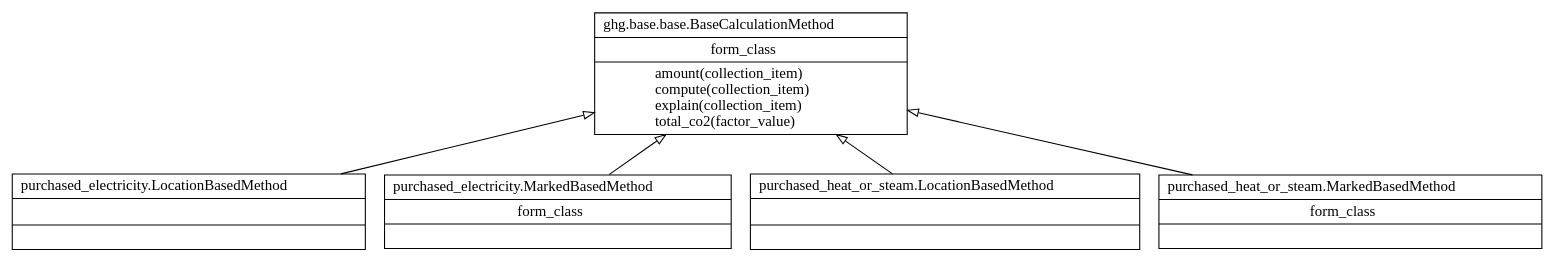
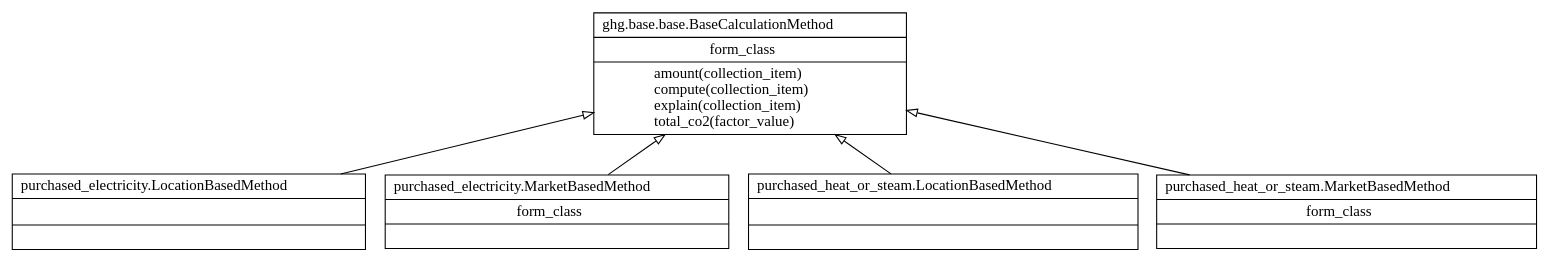
One commit to fingreen-ai/greenlang changed the diagram in calculations/ghg/scope_2/classes.dot. Above: the diagram before and after it, drawn with Graphviz. The commit also changed 5 other files, not shown here.

```diff
--- a/calculations/ghg/scope_2/classes.dot
+++ b/calculations/ghg/scope_2/classes.dot
@@ -1,13 +1,13 @@
 digraph "classes" {
 rankdir=BT
 charset="utf-8"
 "ghg.base.base.BaseCalculationMethod" [color="black", fontcolor="black", label=<{ghg.base.base.BaseCalculationMethod|form_class<br ALIGN="LEFT"/>|amount(collection_item)<br ALIGN="LEFT"/>compute(collection_item)<br ALIGN="LEFT"/>explain(collection_item)<br ALIGN="LEFT"/>total_co2(factor_value)<br ALIGN="LEFT"/>}>, shape="record", style="solid"];
 "purchased_electricity.LocationBasedMethod" [color="black", fontcolor="black", label=<{purchased_electricity.LocationBasedMethod|<br ALIGN="LEFT"/>|}>, shape="record", style="solid"];
-"purchased_electricity.MarkedBasedMethod" [color="black", fontcolor="black", label=<{purchased_electricity.MarkedBasedMethod|form_class<br ALIGN="LEFT"/>|}>, shape="record", style="solid"];
+"purchased_electricity.MarketBasedMethod" [color="black", fontcolor="black", label=<{purchased_electricity.MarketBasedMethod|form_class<br ALIGN="LEFT"/>|}>, shape="record", style="solid"];
 "purchased_heat_or_steam.LocationBasedMethod" [color="black", fontcolor="black", label=<{purchased_heat_or_steam.LocationBasedMethod|<br ALIGN="LEFT"/>|}>, shape="record", style="solid"];
-"purchased_heat_or_steam.MarkedBasedMethod" [color="black", fontcolor="black", label=<{purchased_heat_or_steam.MarkedBasedMethod|form_class<br ALIGN="LEFT"/>|}>, shape="record", style="solid"];
+"purchased_heat_or_steam.MarketBasedMethod" [color="black", fontcolor="black", label=<{purchased_heat_or_steam.MarketBasedMethod|form_class<br ALIGN="LEFT"/>|}>, shape="record", style="solid"];
 "purchased_electricity.LocationBasedMethod" -> "ghg.base.base.BaseCalculationMethod" [arrowhead="empty", arrowtail="none"];
-"purchased_electricity.MarkedBasedMethod" -> "ghg.base.base.BaseCalculationMethod" [arrowhead="empty", arrowtail="none"];
+"purchased_electricity.MarketBasedMethod" -> "ghg.base.base.BaseCalculationMethod" [arrowhead="empty", arrowtail="none"];
 "purchased_heat_or_steam.LocationBasedMethod" -> "ghg.base.base.BaseCalculationMethod" [arrowhead="empty", arrowtail="none"];
-"purchased_heat_or_steam.MarkedBasedMethod" -> "ghg.base.base.BaseCalculationMethod" [arrowhead="empty", arrowtail="none"];
+"purchased_heat_or_steam.MarketBasedMethod" -> "ghg.base.base.BaseCalculationMethod" [arrowhead="empty", arrowtail="none"];
 }
```
